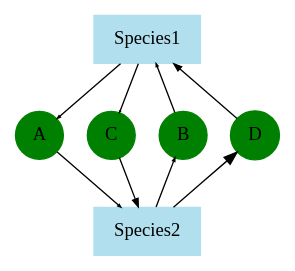
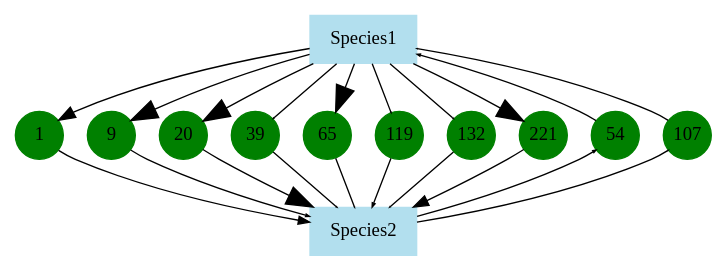
The diagram in examples/Community Modeling/MSSteadyCom/test_network.gv (dtriadis/ModelSEEDpy), drawn with Graphviz before and after one commit. The commit also changed 5 other files, not shown here.

Commit message:
Community network diagram

```diff
--- a/examples/Community Modeling/MSSteadyCom/test_network.gv
+++ b/examples/Community Modeling/MSSteadyCom/test_network.gv
@@ -1,26 +1,43 @@
 digraph "Test network" {
 	node [color=lightblue2 shape=rectangle style=filled]
-	S1 [label=Species1]
+	S0 [label=Species1]
 	subgraph mets {
 		rank=same
 		node [color=green shape=circle style=filled]
-		A
-		B
-		C
-		D
+		1 [fixedsize=true height=0.5 url="https://modelseed.org/biochem/compounds/cpd00001_e0"]
+		9 [fixedsize=true height=0.5 url="https://modelseed.org/biochem/compounds/cpd00009_e0"]
+		20 [fixedsize=true height=0.5 url="https://modelseed.org/biochem/compounds/cpd00020_e0"]
+		39 [fixedsize=true height=0.5 url="https://modelseed.org/biochem/compounds/cpd00039_e0"]
+		54 [fixedsize=true height=0.5 url="https://modelseed.org/biochem/compounds/cpd00054_e0"]
+		65 [fixedsize=true height=0.5 url="https://modelseed.org/biochem/compounds/cpd00065_e0"]
+		107 [fixedsize=true height=0.5 url="https://modelseed.org/biochem/compounds/cpd00107_e0"]
+		119 [fixedsize=true height=0.5 url="https://modelseed.org/biochem/compounds/cpd00119_e0"]
+		132 [fixedsize=true height=0.5 url="https://modelseed.org/biochem/compounds/cpd00132_e0"]
+		221 [fixedsize=true height=0.5 url="https://modelseed.org/biochem/compounds/cpd00221_e0"]
 	}
+	S1 [label=Species2]
 	subgraph members {
 		rank=same
-		node [color=lightblue2 shape=rectangle style=filled]
-		S2 [label=Species2]
 	}
-	S1 -> A [arrowsize=0.24125230202578268]
-	A -> S2 [arrowsize=0.2430939226519337]
-	S2 -> B [arrowsize=0.26151012891344383]
-	B -> S1 [arrowsize=0.22283609576427257]
-	S1 -> C [arrowsize=0.09944751381215469]
-	C -> S2 [arrowsize=0.6316758747697975]
-	S2 -> D [arrowsize=1]
-	D -> S1 [arrowsize=0.5911602209944752]
+	S0 -> 1 [arrowsize=1.2475320528119804]
+	1 -> S1 [arrowsize=0.8452873370022036]
+	S0 -> 9 [arrowsize=2.0]
+	9 -> S1 [arrowsize=0.28919656831303864]
+	S0 -> 20 [arrowsize=2.0]
+	20 -> S1 [arrowsize=2.0]
+	S0 -> 39 [arrowsize=0.05394038391384196]
+	39 -> S1 [arrowsize=0.057981577560309125]
+	54 -> S0 [arrowsize=0.24290439730154842]
+	S1 -> 54 [arrowsize=0.24290439730154842]
+	S0 -> 65 [arrowsize=1.9971659108407]
+	65 -> S1 [arrowsize=0.009588037396174398]
+	107 -> S0 [arrowsize=0.022462660715103618]
+	S1 -> 107 [arrowsize=0.022462660715103618]
+	S0 -> 119 [arrowsize=0.02396343008095058]
+	119 -> S1 [arrowsize=0.3206869747668711]
+	S0 -> 132 [arrowsize=0.04079483322396353]
+	132 -> S1 [arrowsize=0.040794833223964475]
+	S0 -> 221 [arrowsize=2.0]
+	221 -> S1 [arrowsize=1.1231001915536316]
 	overlap=false
 }
```
